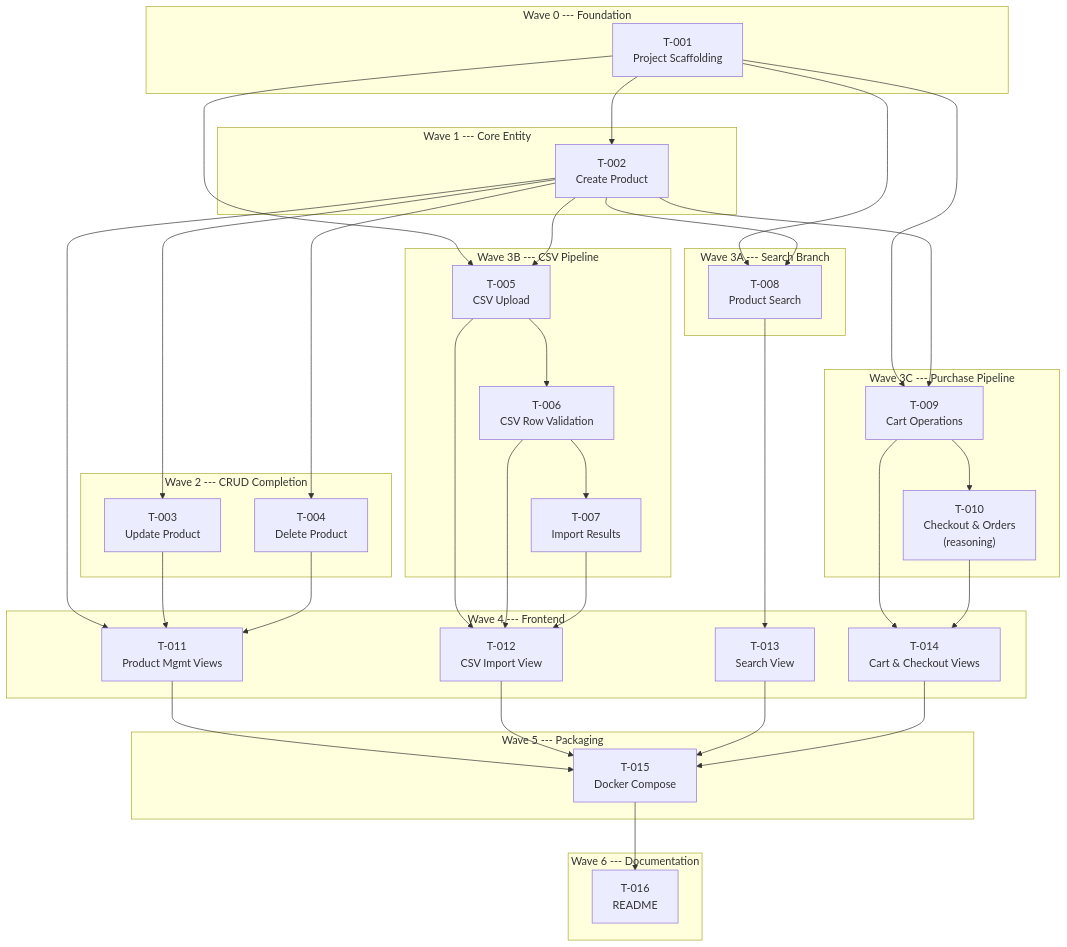
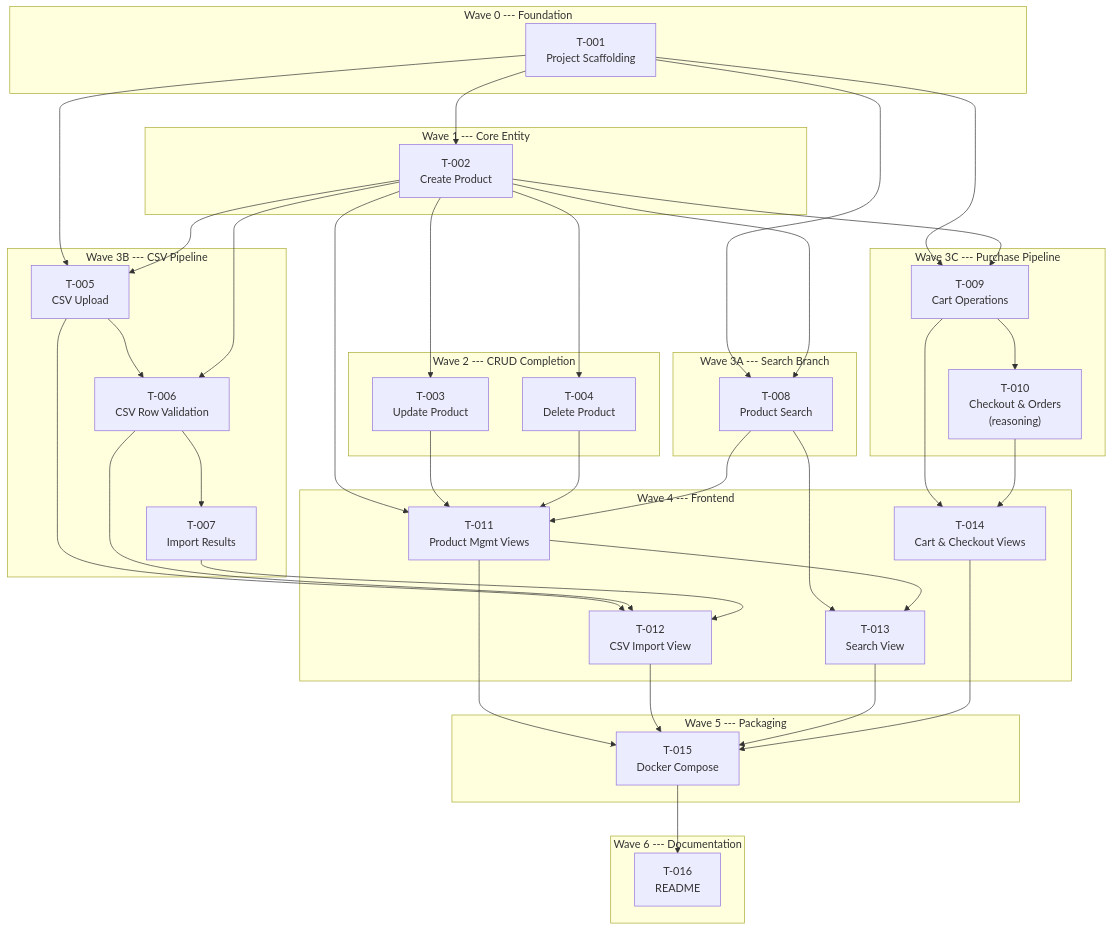
One commit to virgenherrera/GILA_SOFTWARE_CHALLENGE changed the diagram in docs/subtasks/batch-1-plan.md. Above: the diagram before and after it, drawn with Mermaid. The commit also changed other lines of this file and 17 other files, not shown here.

````diff
--- a/docs/subtasks/batch-1-plan.md
+++ b/docs/subtasks/batch-1-plan.md
@@ -54,72 +54,75 @@
 ```mermaid
 graph TD
     subgraph "Wave 0 --- Foundation"
         T001["T-001\nProject Scaffolding"]
     end
 
     subgraph "Wave 1 --- Core Entity"
         T002["T-002\nCreate Product"]
     end
 
     subgraph "Wave 2 --- CRUD Completion"
         T003["T-003\nUpdate Product"]
         T004["T-004\nDelete Product"]
     end
 
     subgraph "Wave 3A --- Search Branch"
         T008["T-008\nProduct Search"]
     end
 
     subgraph "Wave 3B --- CSV Pipeline"
         T005["T-005\nCSV Upload"]
         T006["T-006\nCSV Row Validation"]
         T007["T-007\nImport Results"]
     end
 
     subgraph "Wave 3C --- Purchase Pipeline"
         T009["T-009\nCart Operations"]
         T010["T-010\nCheckout & Orders\n(reasoning)"]
     end
 
     subgraph "Wave 4 --- Frontend"
         T011["T-011\nProduct Mgmt Views"]
         T012["T-012\nCSV Import View"]
         T013["T-013\nSearch View"]
         T014["T-014\nCart & Checkout Views"]
     end
 
     subgraph "Wave 5 --- Packaging"
         T015["T-015\nDocker Compose"]
     end
 
     subgraph "Wave 6 --- Documentation"
         T016["T-016\nREADME"]
     end
 
     T001 --> T002
     T002 --> T003
     T002 --> T004
     T001 --> T008
     T002 --> T008
     T001 --> T005
     T002 --> T005
     T005 --> T006
+    T002 --> T006
     T006 --> T007
     T001 --> T009
     T002 --> T009
     T009 --> T010
     T002 --> T011
     T003 --> T011
     T004 --> T011
+    T008 --> T011
     T005 --> T012
     T006 --> T012
     T007 --> T012
     T008 --> T013
+    T011 --> T013
     T009 --> T014
     T010 --> T014
     T011 --> T015
     T012 --> T015
     T013 --> T015
     T014 --> T015
     T015 --> T016
 ```
````
